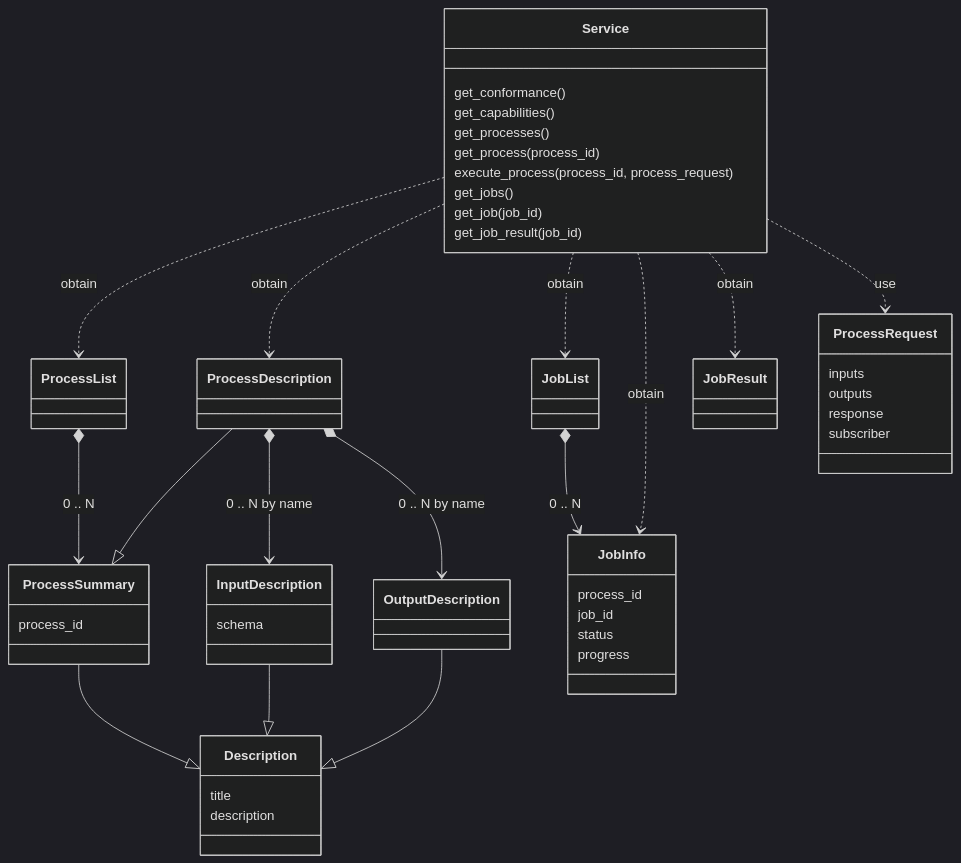
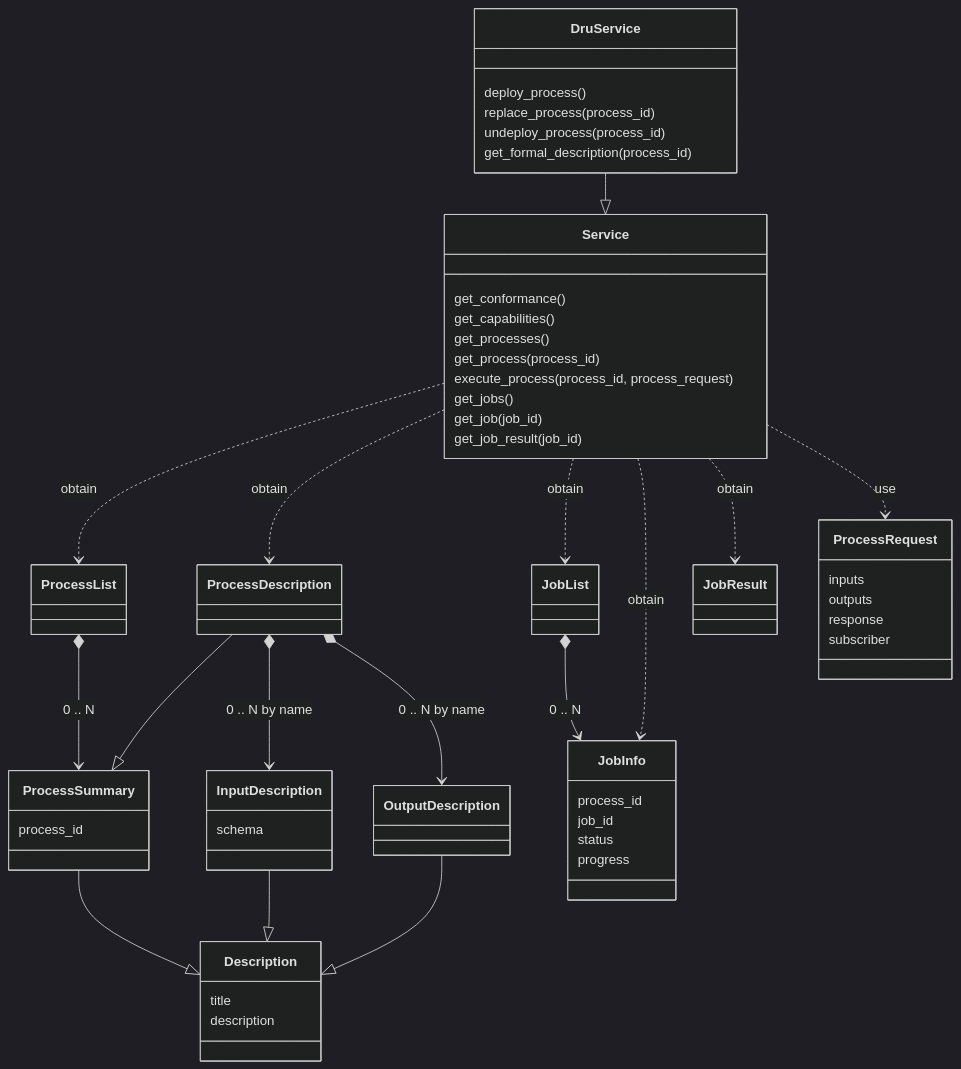
The diagram in docs/gavicore/service/description.md (eo-tools/eozilla), drawn with Mermaid (dark theme) before and after one commit. The commit also changed other lines of this file and 92 other files, not shown here.

````diff
--- a/docs/gavicore/service/description.md
+++ b/docs/gavicore/service/description.md
@@ -18,58 +32,65 @@
 ```mermaid
 classDiagram
 direction TB
     class Service {
         get_conformance()
         get_capabilities()
         get_processes()
         get_process(process_id)
         execute_process(process_id, process_request)
         get_jobs()
         get_job(job_id)
         get_job_result(job_id)
     }
     class ProcessList {
     }
+    class DruService {
+        deploy_process()
+        replace_process(process_id)
+        undeploy_process(process_id)
+        get_formal_description(process_id)
+    }
+    DruService --|> Service
     class ProcessSummary {
         process_id
     }
     class ProcessDescription {
     }
     class ProcessRequest {
         inputs
         outputs
         response
         subscriber
     }
     class JobList {
     }
     class JobInfo {
         process_id
         job_id
         status
         progress
     }
     class JobResult {
     }
     class InputDescription {
         schema
     }
     class Description {
         title
         description
     }
     ProcessList *--> ProcessSummary : 0 .. N 
     ProcessSummary --|> Description
     ProcessDescription --|> ProcessSummary
     ProcessDescription *--> InputDescription : 0 .. N by name
     ProcessDescription *--> OutputDescription : 0 .. N by name
     InputDescription --|> Description
     OutputDescription --|> Description
     JobList *--> JobInfo : 0 .. N 
     Service ..> ProcessList : obtain
     Service ..> ProcessDescription : obtain
     Service ..> JobList : obtain
     Service ..> JobInfo : obtain
     Service ..> JobResult : obtain   
     Service ..> ProcessRequest : use      
 ```
````
